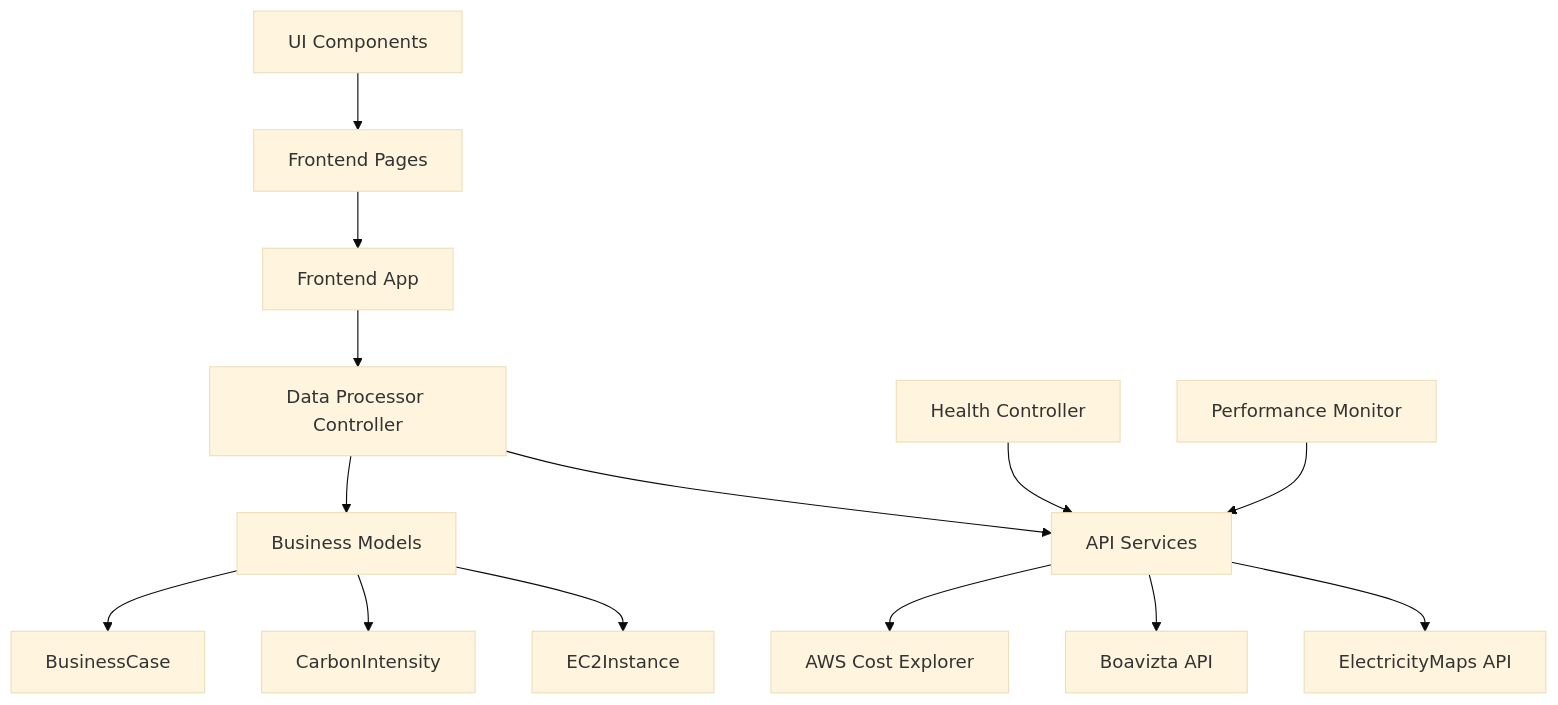
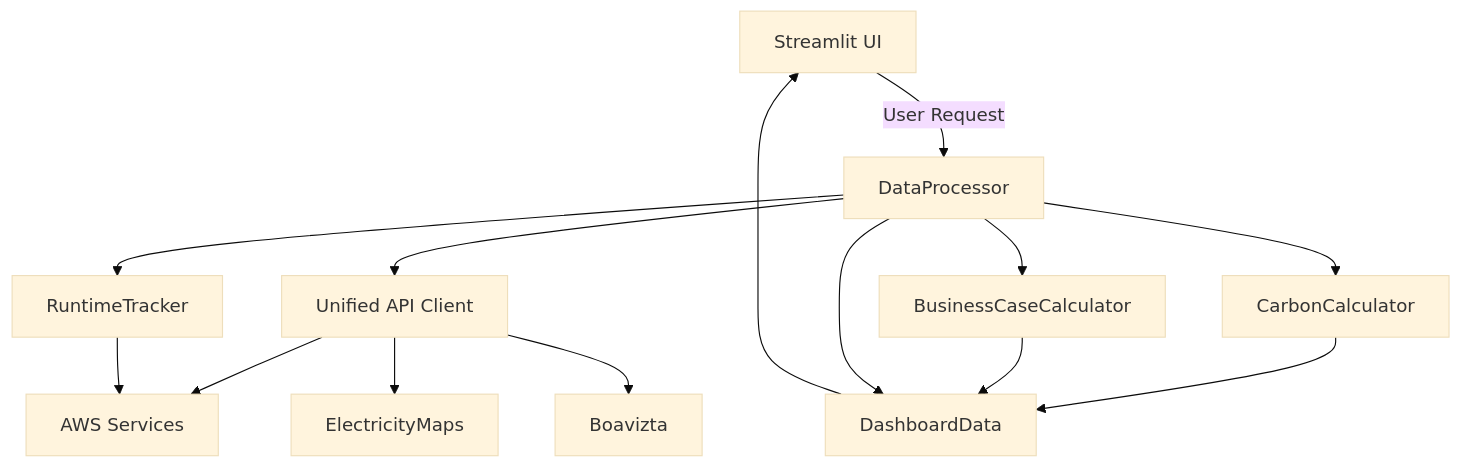
One commit to ChristopherKlein0802/CarbonAware_FinOps_Local changed the diagram in docs/system-architecture.md. Above: the diagram before and after it, drawn with Mermaid (base theme). The commit also changed other lines of this file and 17 other files, not shown here.

````diff
--- a/docs/system-architecture.md
+++ b/docs/system-architecture.md
@@ -74,19 +45,16 @@
 ```mermaid
-graph TB
-    A[Frontend App] --> B[Data Processor Controller]
-    B --> C[API Services]
-    C --> D[ElectricityMaps API]
-    C --> E[Boavizta API]
-    C --> F[AWS Cost Explorer]
-
-    B --> G[Business Models]
-    G --> H[EC2Instance]
-    G --> I[CarbonIntensity]
-    G --> J[BusinessCase]
-
-    K[Health Controller] --> C
-    L[Performance Monitor] --> C
-
-    M[Frontend Pages] --> A
-    N[UI Components] --> M
+graph TD
+    A[Streamlit UI] -->|User Request| B[DataProcessor]
+    B --> C[RuntimeTracker]
+    B --> D[CarbonCalculator]
+    B --> E[BusinessCaseCalculator]
+    B --> F[Unified API Client]
+    F --> G[ElectricityMaps]
+    F --> H[Boavizta]
+    F --> I[AWS Services]
+    C --> I
+    D --> J[DashboardData]
+    E --> J
+    B --> J
+    J --> A
 ```
````
